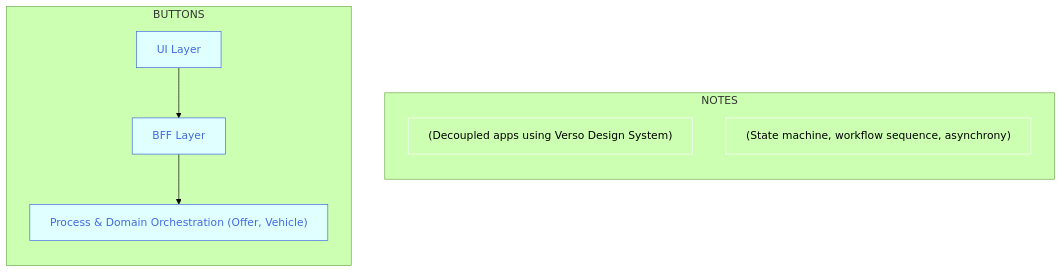
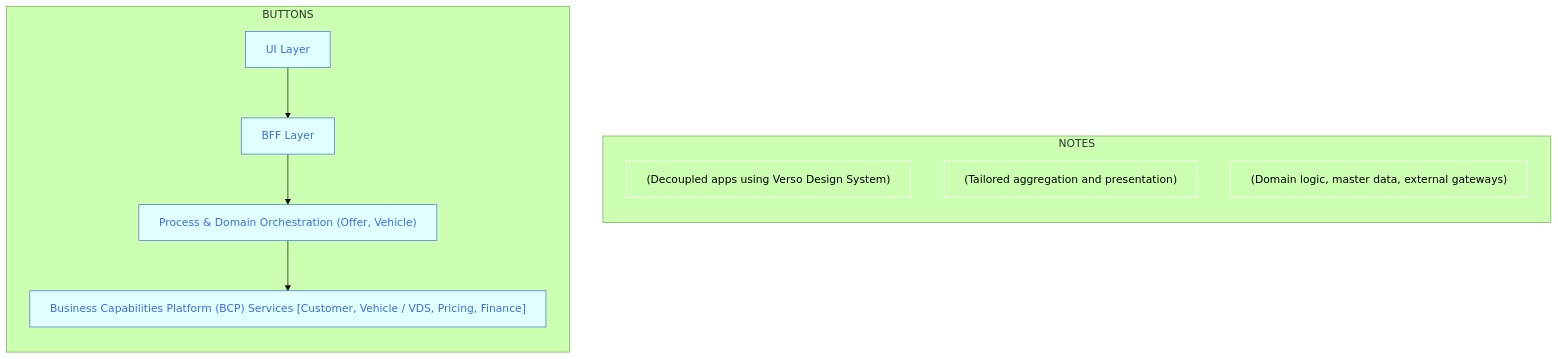
One commit to joe-dorward/samples changed the diagram in buttons_mermaid_v3.md. Above: the diagram before and after it, drawn with Mermaid (forest theme). The commit also changed other lines of this file, not shown here.

````diff
--- a/buttons_mermaid_v3.md
+++ b/buttons_mermaid_v3.md
@@ -3,40 +3,45 @@
 ```mermaid
   %%{
     init: {"flowchart": { "markdownAutoWrap":"false", "textWrap":"false", "wrappingWidth": "100%" }
     }
   }%%
   flowchart LR
 
   %% define styles
   classDef Button fill:lightcyan, stroke:royalblue, color:royalblue;
   classDef Note fill:transparent, stroke:white, text-align:left;
 
   subgraph BUTTONS
     direction TD
 
     BUTTON_01["UI Layer"]:::Button
     click BUTTON_01 "https://en.wikipedia.org/wiki/Main_Page" _blank
 
     BUTTON_02["BFF Layer"]:::Button
     click BUTTON_02 "https://en.wikipedia.org/wiki/Main_Page" _blank
 
     BUTTON_03["Process & Domain Orchestration (Offer, Vehicle)"]:::Button
     click BUTTON_03 "https://en.wikipedia.org/wiki/Main_Page" _blank
+
+    BUTTON_04["Business Capabilities Platform (BCP) Services [Customer, Vehicle / VDS, Pricing, Finance]"]:::Button
+    click BUTTON_04 "https://en.wikipedia.org/wiki/Main_Page" _blank
   end
 
   subgraph NOTES
     direction TD
     BUTTON_01_NOTE["(Decoupled apps using Verso Design System)"]:::Note
     BUTTON_02_NOTE["(Tailored aggregation and presentation)"]:::Note
-    BUTTON_02_NOTE["(State machine, workflow sequence, asynchrony)"]:::Note
+    BUTTON_03_NOTE["(State machine, workflow sequence, asynchrony)"]:::Note
+    BUTTON_03_NOTE["(Domain logic, master data, external gateways)"]:::Note
   end
 
   BUTTONS~~~
   NOTES
 
     BUTTON_01-->
     BUTTON_02-->
-    BUTTON_03
+    BUTTON_03-->
+    BUTTON_04
 
 
 ```
````
